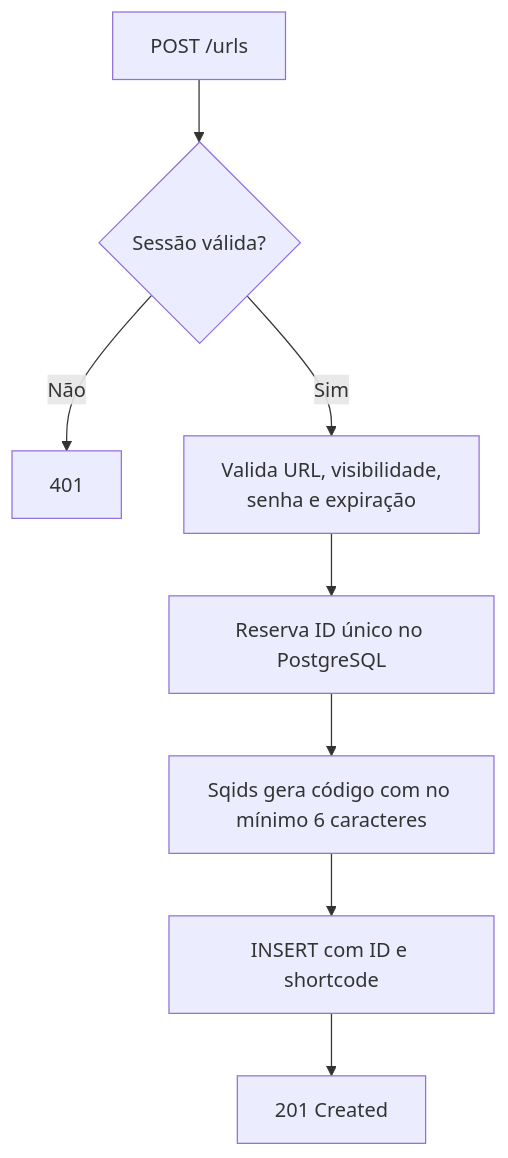
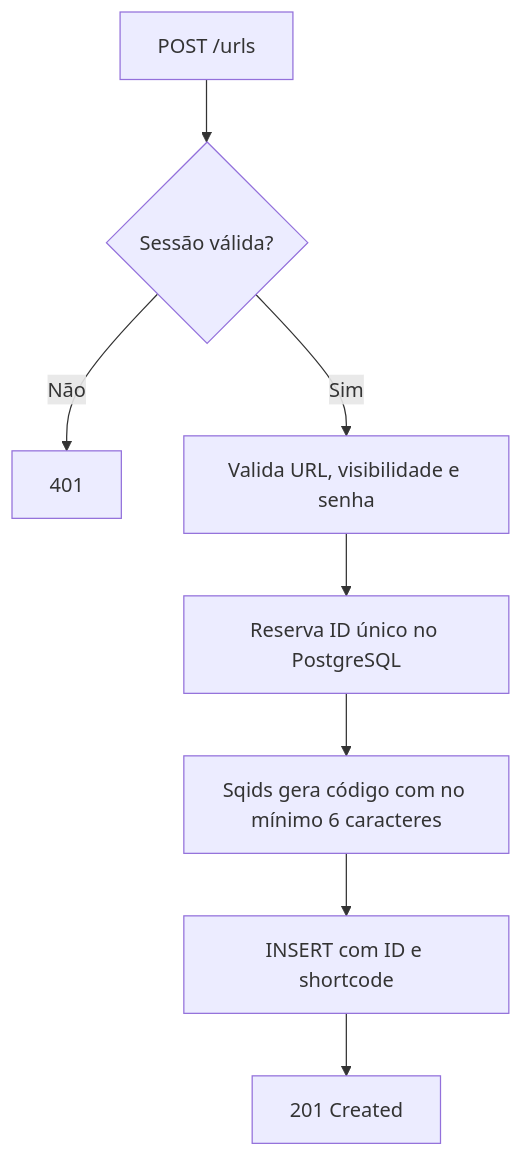
Before and after one commit to fredsaggio/shortbit: the second of 6 diagrams in docs/short-links.md, drawn with Mermaid. The commit also changed other lines of this file and 6 other files, not shown here.

Commit message:
refactor(urls): remove link expiration from schema and docs

````diff
--- a/docs/short-links.md
+++ b/docs/short-links.md
@@ -58,10 +56,10 @@
 ```mermaid
 flowchart TD
     Request[POST /urls] --> Auth{Sessão válida?}
     Auth -- Não --> Unauthorized[401]
-    Auth -- Sim --> Validate[Valida URL, visibilidade,<br/>senha e expiração]
+    Auth -- Sim --> Validate[Valida URL, visibilidade e senha]
     Validate --> Allocate[Reserva ID único no PostgreSQL]
     Allocate --> Encode[Sqids gera código com no mínimo 6 caracteres]
     Encode --> Insert[INSERT com ID e shortcode]
     Insert --> Created[201 Created]
 ```
````
